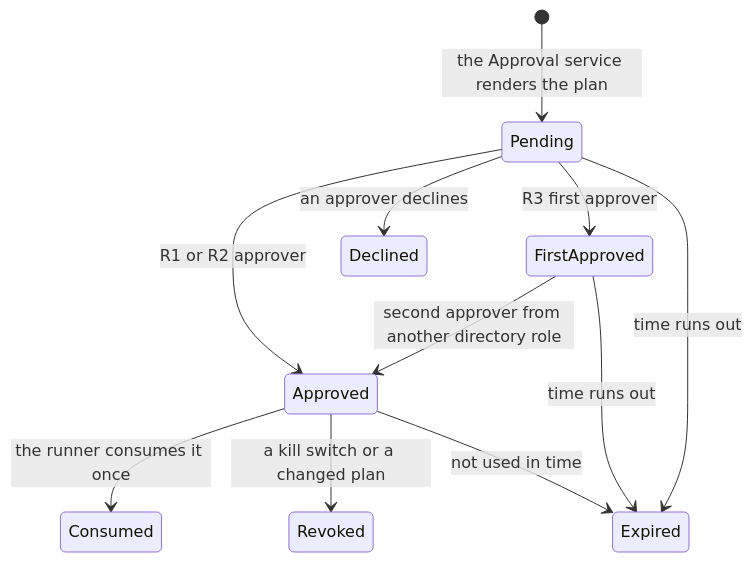
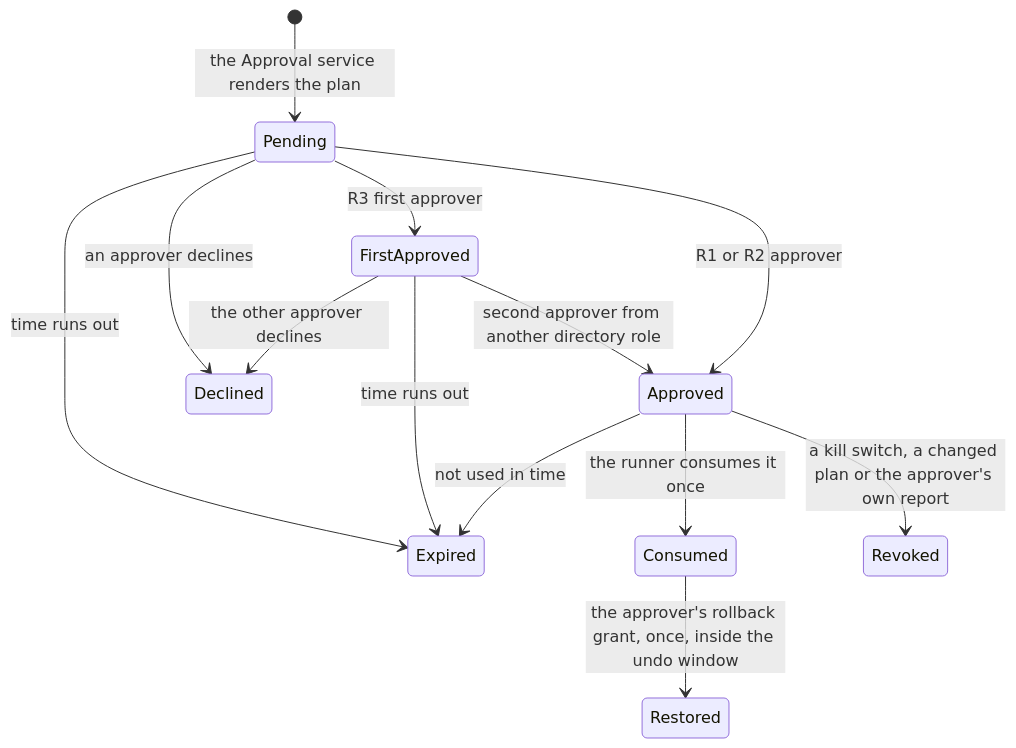
Before and after one commit to tinodo/meternaut: the second of 2 diagrams in docs/design/05-data-and-integrations.md, drawn with Mermaid. The commit also changed other lines of this file and 61 other files, not shown here.

````diff
--- a/docs/design/05-data-and-integrations.md
+++ b/docs/design/05-data-and-integrations.md
@@ -178,13 +215,15 @@
 ```mermaid
 stateDiagram-v2
     [*] --> Pending : the Approval service renders the plan
     Pending --> FirstApproved : R3 first approver
     FirstApproved --> Approved : second approver from another directory role
     Pending --> Approved : R1 or R2 approver
     Pending --> Declined : an approver declines
+    FirstApproved --> Declined : the other approver declines
     Pending --> Expired : time runs out
     FirstApproved --> Expired : time runs out
     Approved --> Consumed : the runner consumes it once
     Approved --> Expired : not used in time
-    Approved --> Revoked : a kill switch or a changed plan
+    Approved --> Revoked : a kill switch, a changed plan or the approver's own report
+    Consumed --> Restored : the approver's rollback grant, once, inside the undo window
 ```
````
